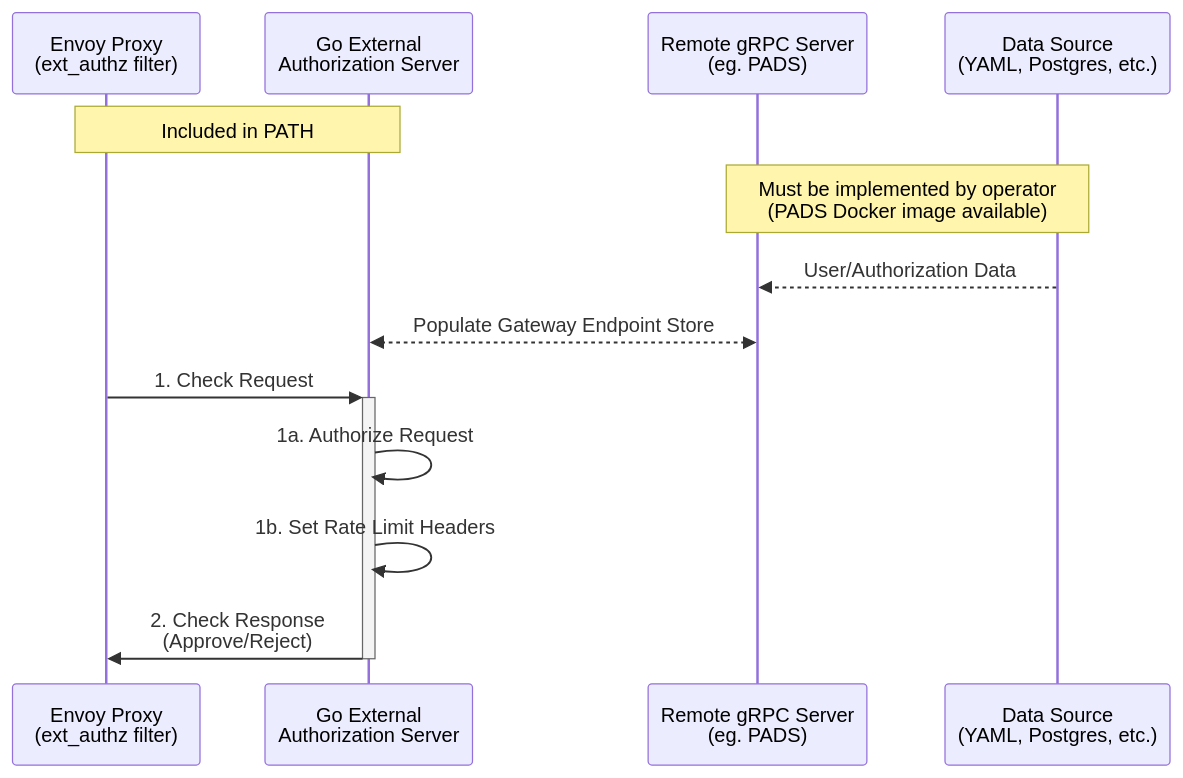
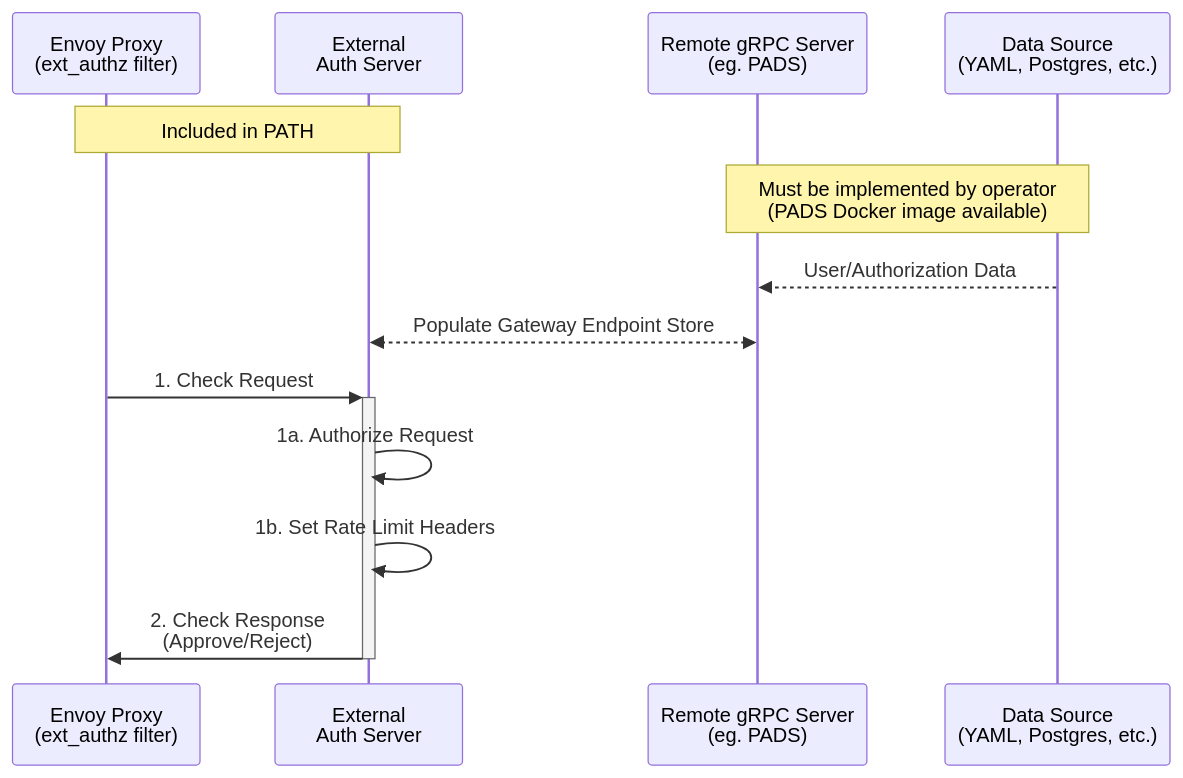
The third of 3 diagrams in docusaurus/docs/develop/envoy/introduction.md (buildwithgrove/path), drawn with Mermaid before and after one commit. The commit also changed other lines of this file and 1 other file, not shown here.

Commit message:
chore: fix consistency in naming External Auth Server

````diff
--- a/docusaurus/docs/develop/envoy/introduction.md
+++ b/docusaurus/docs/develop/envoy/introduction.md
@@ -444,20 +444,20 @@
 ```mermaid
 sequenceDiagram
     participant EnvoyProxy as Envoy Proxy<br>(ext_authz filter)
-    participant GoAuthServer as Go External<br>Authorization Server
+    participant GoAuthServer as External<br>Auth Server
     participant RemoteGRPC as Remote gRPC Server<br>(eg. PADS)
     participant DataSource as Data Source<br>(YAML, Postgres, etc.)
 
     %% Grouping "Included in PATH"
     Note over EnvoyProxy, GoAuthServer: Included in PATH
 
     %% Grouping "Must be implemented by operator"
     Note over RemoteGRPC, DataSource: Must be implemented by operator<br>(PADS Docker image available)
 
     DataSource-->>RemoteGRPC: User/Authorization Data
     RemoteGRPC<<-->>GoAuthServer: Populate Gateway Endpoint Store
     EnvoyProxy->>+GoAuthServer: 1. Check Request
     GoAuthServer->>GoAuthServer: 1a. Authorize Request
     GoAuthServer->>GoAuthServer: 1b. Set Rate Limit Headers
     GoAuthServer->>-EnvoyProxy: 2. Check Response<br>(Approve/Reject)
 ```
````
